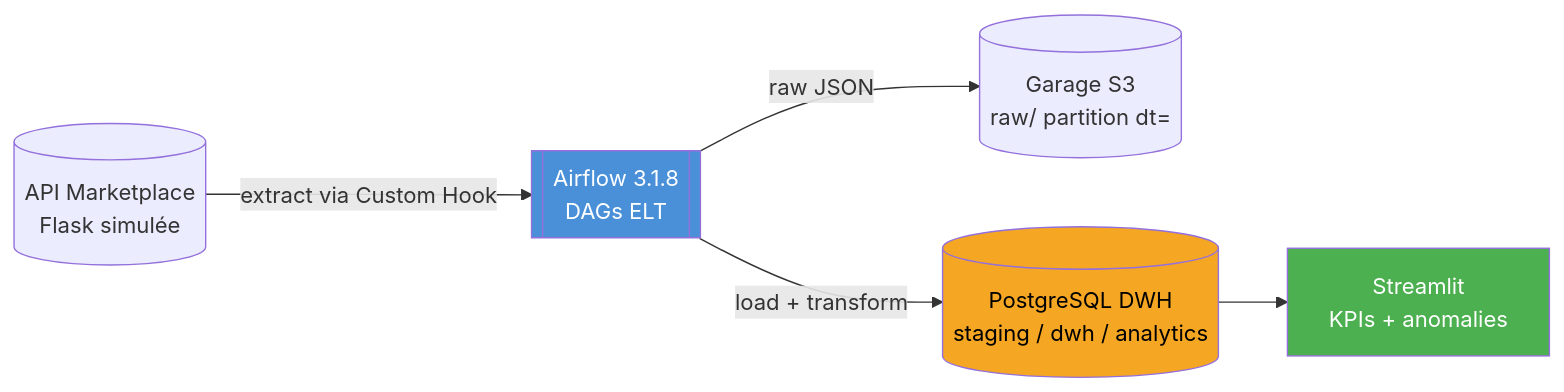
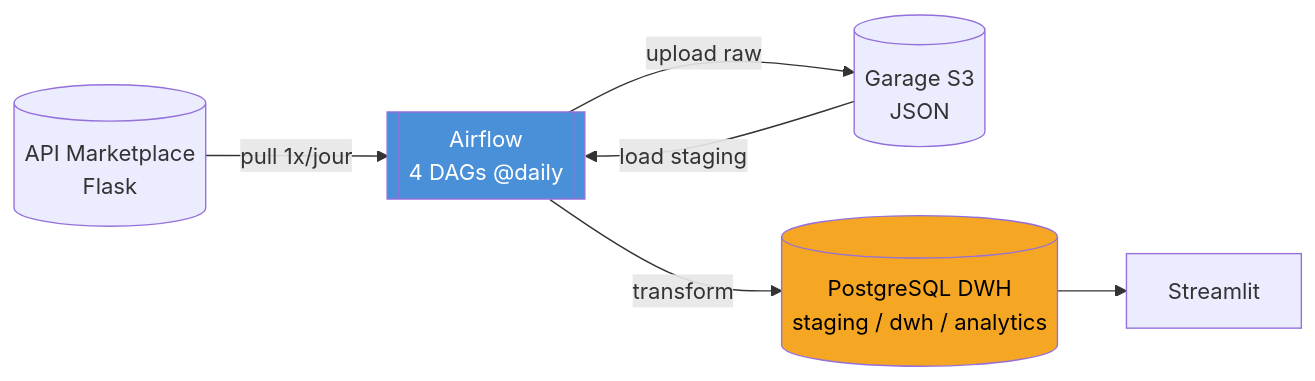
The first of 5 diagrams in README.md (MatisAgr/IPSSI_Projet_MarketData), drawn with Mermaid before and after one commit. The commit also changed other lines of this file and 13 other files, not shown here.

First line of the commit message:
feat: Implement Lambda Architecture for Marketplace Analytics

````diff
--- a/README.md
+++ b/README.md
@@ -31,17 +42,17 @@
 ```mermaid
 flowchart LR
-    api[("API Marketplace<br/>Flask simulée")]
-    airflow[["Airflow 3.1.8<br/>DAGs ELT"]]
-    garage[("Garage S3<br/>raw/ partition dt=")]
+    api[("API Marketplace<br/>Flask")]
+    af[["Airflow<br/>4 DAGs @daily"]]
+    gr[("Garage S3<br/>JSON")]
     pg[("PostgreSQL DWH<br/>staging / dwh / analytics")]
-    st["Streamlit<br/>KPIs + anomalies"]
+    st["Streamlit"]
 
-    api -- "extract via Custom Hook" --> airflow
-    airflow -- "raw JSON" --> garage
-    airflow -- "load + transform" --> pg
+    api -- "pull 1x/jour" --> af
+    af -- "upload raw" --> gr
+    gr -- "load staging" --> af
+    af -- "transform" --> pg
     pg --> st
 
-    style airflow fill:#4a90d9,color:#fff
+    style af fill:#4a90d9,color:#fff
     style pg fill:#f5a623,color:#000
-    style st fill:#4caf50,color:#fff
 ```
````
